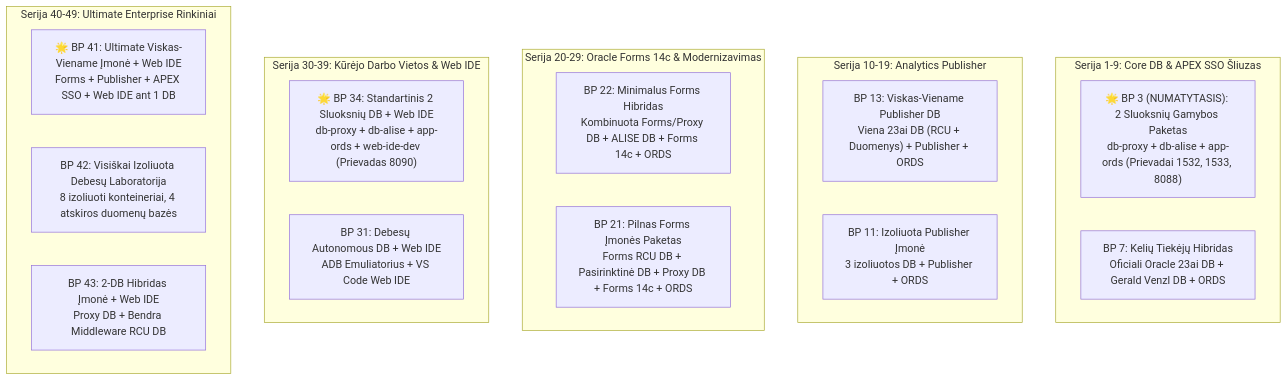
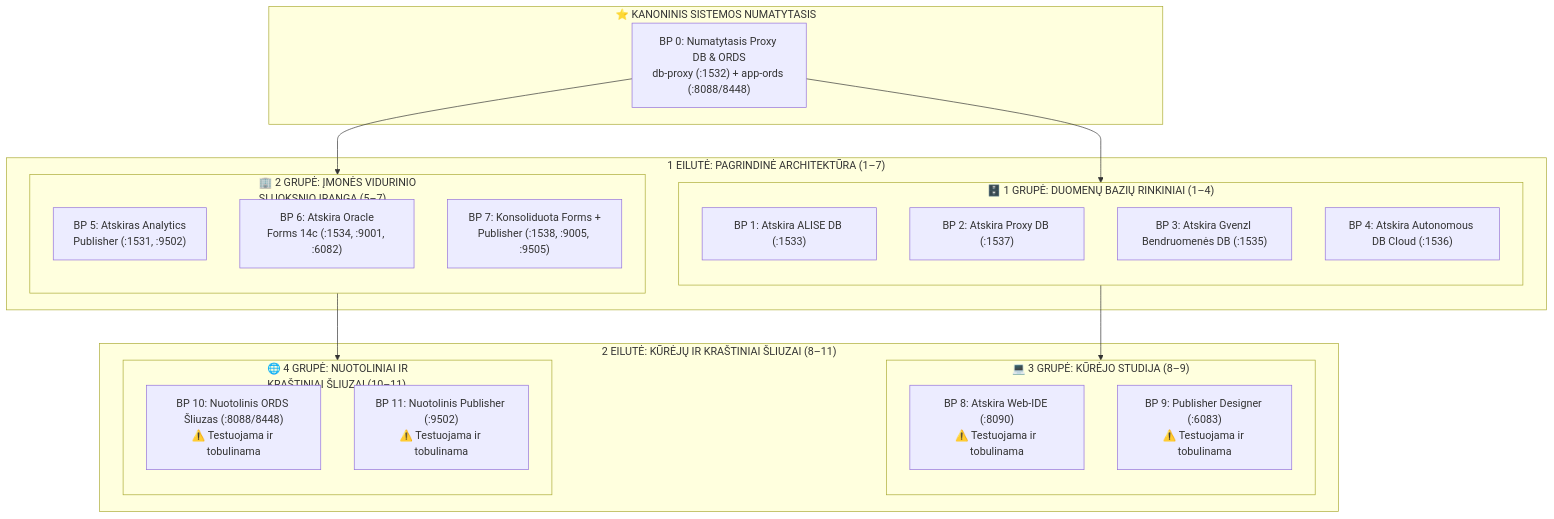
One commit to alahe/oracle-devops-platform changed the second of 2 diagrams in docs/lt/README.md. Above: the diagram before and after it, drawn with Mermaid. The commit also changed other lines of this file and 412 other files, not shown here.

````diff
--- a/docs/lt/README.md
+++ b/docs/lt/README.md
@@ -144,28 +67,42 @@
 ```mermaid
-graph TD
-  subgraph Serija 1-9: Core DB & APEX SSO Šliuzas
-    BP3["🌟 BP 3 (NUMATYTASIS): 2 Sluoksnių Gamybos Paketas<br/>db-proxy + db-alise + app-ords (Prievadai 1532, 1533, 8088)"]
-    BP7["BP 7: Kelių Tiekėjų Hibridas<br/>Oficiali Oracle 23ai DB + Gerald Venzl DB + ORDS"]
-  end
+flowchart TD
+    subgraph Default ["⭐ KANONINIS SISTEMOS NUMATYTASIS"]
+        BP0["BP 0: Numatytasis Proxy DB & ORDS<br/>db-proxy (:1532) + app-ords (:8088/8448)"]
+    end
 
-  subgraph Serija 10-19: Analytics Publisher
-    BP13["BP 13: Viskas-Viename Publisher DB<br/>Viena 23ai DB (RCU + Duomenys) + Publisher + ORDS"]
-    BP11["BP 11: Izoliuota Publisher Įmonė<br/>3 izoliuotos DB + Publisher + ORDS"]
-  end
+    subgraph Tier1 ["1 EILUTĖ: PAGRINDINĖ ARCHITEKTŪRA (1–7)"]
+        subgraph DatabaseStacks ["🗄️ 1 GRUPĖ: DUOMENŲ BAZIŲ RINKINIAI (1–4)"]
+            direction TB
+            BP1["BP 1: Atskira ALISE DB (:1533)"]
+            BP2["BP 2: Atskira Proxy DB (:1537)"]
+            BP3["BP 3: Atskira Gvenzl Bendruomenės DB (:1535)"]
+            BP4["BP 4: Atskira Autonomous DB Cloud (:1536)"]
+        end
 
-  subgraph Serija 20-29: Oracle Forms 14c & Modernizavimas
-    BP22["BP 22: Minimalus Forms Hibridas<br/>Kombinuota Forms/Proxy DB + ALISE DB + Forms 14c + ORDS"]
-    BP21["BP 21: Pilnas Forms Įmonės Paketas<br/>Forms RCU DB + Pasirinktinė DB + Proxy DB + Forms 14c + ORDS"]
-  end
+        subgraph Middleware ["🏢 2 GRUPĖ: ĮMONĖS VIDURINIO<br/>SLUOKSNIO ĮRANGA (5–7)"]
+            direction TB
+            BP5["BP 5: Atskiras Analytics<br/>Publisher (:1531, :9502)"]
+            BP6["BP 6: Atskira Oracle<br/>Forms 14c (:1534, :9001, :6082)"]
+            BP7["BP 7: Konsoliduota Forms +<br/>Publisher (:1538, :9005, :9505)"]
+        end
+    end
 
-  subgraph Serija 30-39: Kūrėjo Darbo Vietos & Web IDE
-    BP34["🌟 BP 34: Standartinis 2 Sluoksnių DB + Web IDE<br/>db-proxy + db-alise + app-ords + web-ide-dev (Prievadas 8090)"]
-    BP31["BP 31: Debesų Autonomous DB + Web IDE<br/>ADB Emuliatorius + VS Code Web IDE"]
-  end
+    subgraph Tier2 ["2 EILUTĖ: KŪRĖJŲ IR KRAŠTINIAI ŠLIUZAI (8–11)"]
+        subgraph DeveloperStudio ["💻 3 GRUPĖ: KŪRĖJO STUDIJA (8–9)"]
+            direction TB
+            BP8["BP 8: Atskira Web-IDE (:8090)<br/>⚠️ Testuojama ir tobulinama"]
+            BP9["BP 9: Publisher Designer (:6083)<br/>⚠️ Testuojama ir tobulinama"]
+        end
 
-  subgraph Serija 40-49: Ultimate Enterprise Rinkiniai
-    BP41["🌟 BP 41: Ultimate Viskas-Viename Įmonė + Web IDE<br/>Forms + Publisher + APEX SSO + Web IDE ant 1 DB"]
-    BP42["BP 42: Visiškai Izoliuota Debesų Laboratorija<br/>8 izoliuoti konteineriai, 4 atskiros duomenų bazės"]
-    BP43["BP 43: 2-DB Hibridas Įmonė + Web IDE<br/>Proxy DB + Bendra Middleware RCU DB"]
-  end
+        subgraph RemoteGateways ["🌐 4 GRUPĖ: NUOTOLINIAI IR<br/>KRAŠTINIAI ŠLIUZAI (10–11)"]
+            direction TB
+            BP10["BP 10: Nuotolinis ORDS Šliuzas (:8088/8448)<br/>⚠️ Testuojama ir tobulinama"]
+            BP11["BP 11: Nuotolinis Publisher (:9502)<br/>⚠️ Testuojama ir tobulinama"]
+        end
+    end
+
+    BP0 --> BP1
+    BP0 --> BP5
+    BP1 --> BP8
+    BP5 --> BP10
 ```
````
